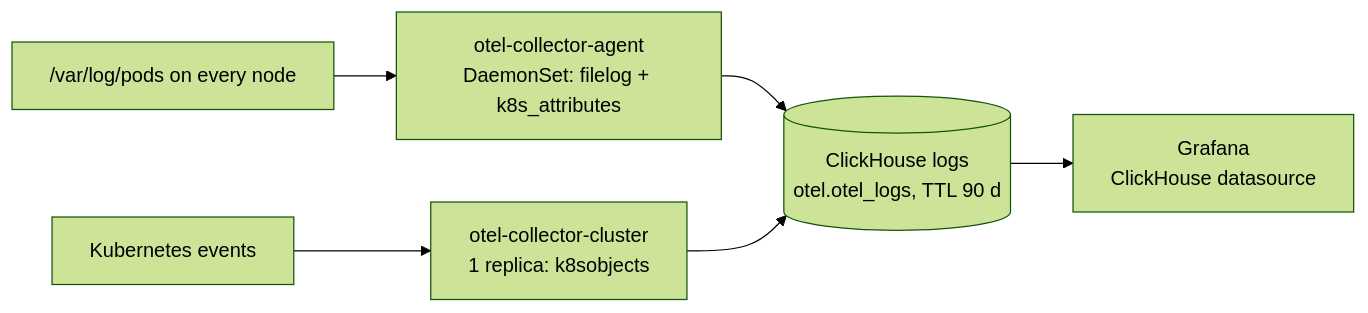
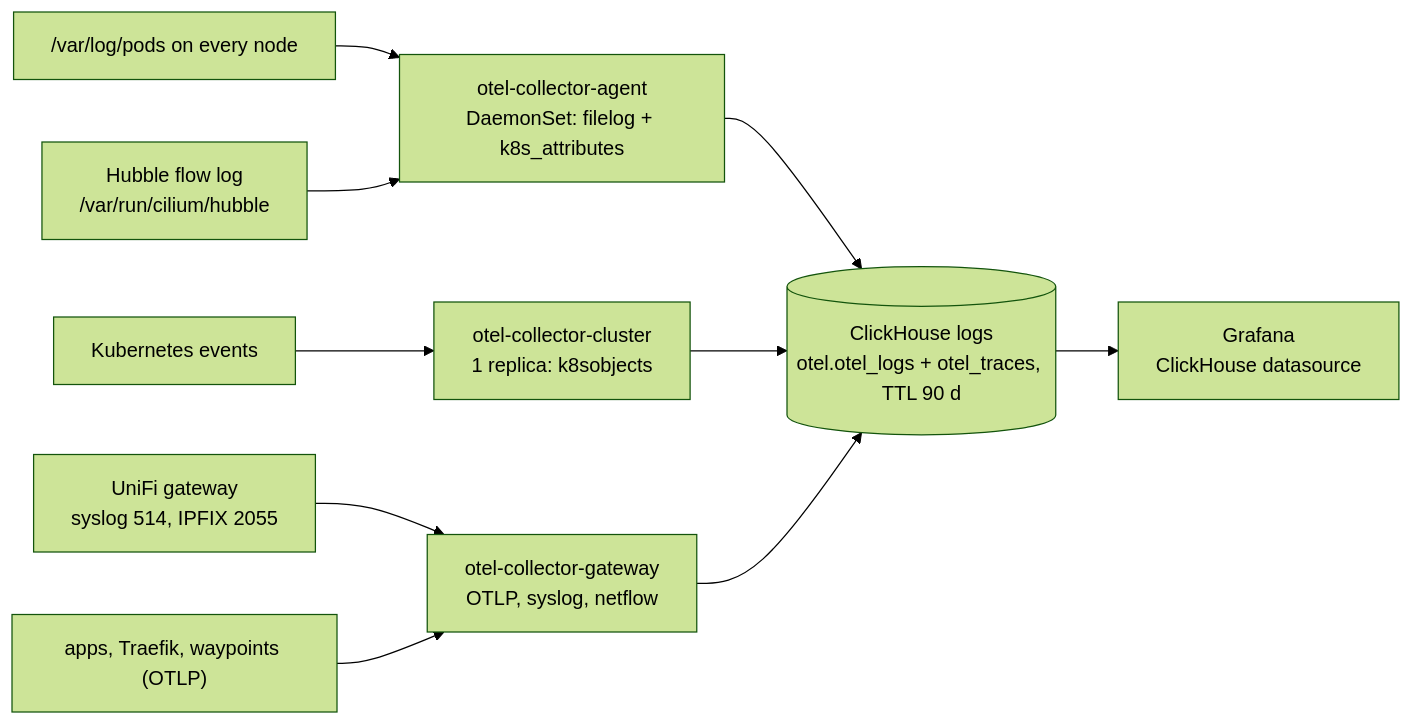
The diagram in docs/logging.md (ryanmcafee/homelab), drawn with Mermaid (forest theme) before and after one commit. The commit also changed other lines of this file and 14 other files, not shown here.

First line of the commit message:
docs: tracing, Hubble, UniFi ingest and the paperclip request-path runbook

````diff
--- a/docs/logging.md
+++ b/docs/logging.md
@@ -8,8 +9,12 @@
 ```mermaid
 flowchart LR
   pods["/var/log/pods on every node"] --> agent["otel-collector-agent\nDaemonSet: filelog + k8s_attributes"]
+  hubble["Hubble flow log\n/var/run/cilium/hubble"] --> agent
   api["Kubernetes events"] --> cluster["otel-collector-cluster\n1 replica: k8sobjects"]
-  agent --> ch[("ClickHouse logs\notel.otel_logs, TTL 90 d")]
+  unifi["UniFi gateway\nsyslog 514, IPFIX 2055"] --> gw["otel-collector-gateway\nOTLP, syslog, netflow"]
+  apps["apps, Traefik, waypoints (OTLP)"] --> gw
+  agent --> ch[("ClickHouse logs\notel.otel_logs + otel_traces, TTL 90 d")]
   cluster --> ch
+  gw --> ch
   ch --> grafana["Grafana\nClickHouse datasource"]
 ```
````
